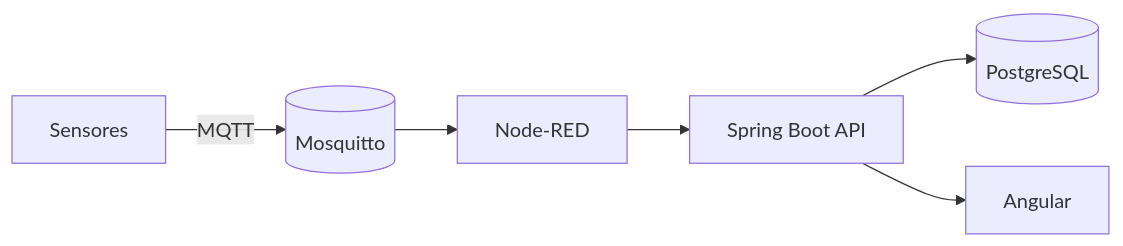
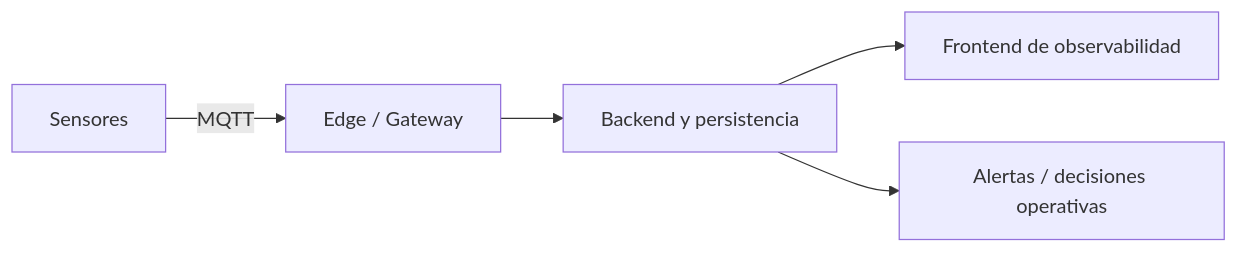
Before and after one commit to RafaLopezZz/glea-nexo: the diagram in README.md, drawn with Mermaid. The commit also changed other lines of this file, not shown here.

````diff
--- a/README.md
+++ b/README.md
@@ -70,8 +89,7 @@
 ```mermaid
 flowchart LR
-  Sensors[Sensores] -->|MQTT| MQTT[(Mosquitto)]
-  MQTT --> NR[Node-RED]
-  NR --> API[Spring Boot API]
-  API --> PG[(PostgreSQL)]
-  API --> FE[Angular]
+  Sensors[Sensores] -->|MQTT| Edge[Edge / Gateway]
+  Edge --> Platform[Backend y persistencia]
+  Platform --> UI[Frontend de observabilidad]
+  Platform --> Ops[Alertas / decisiones operativas]
 ```
````
